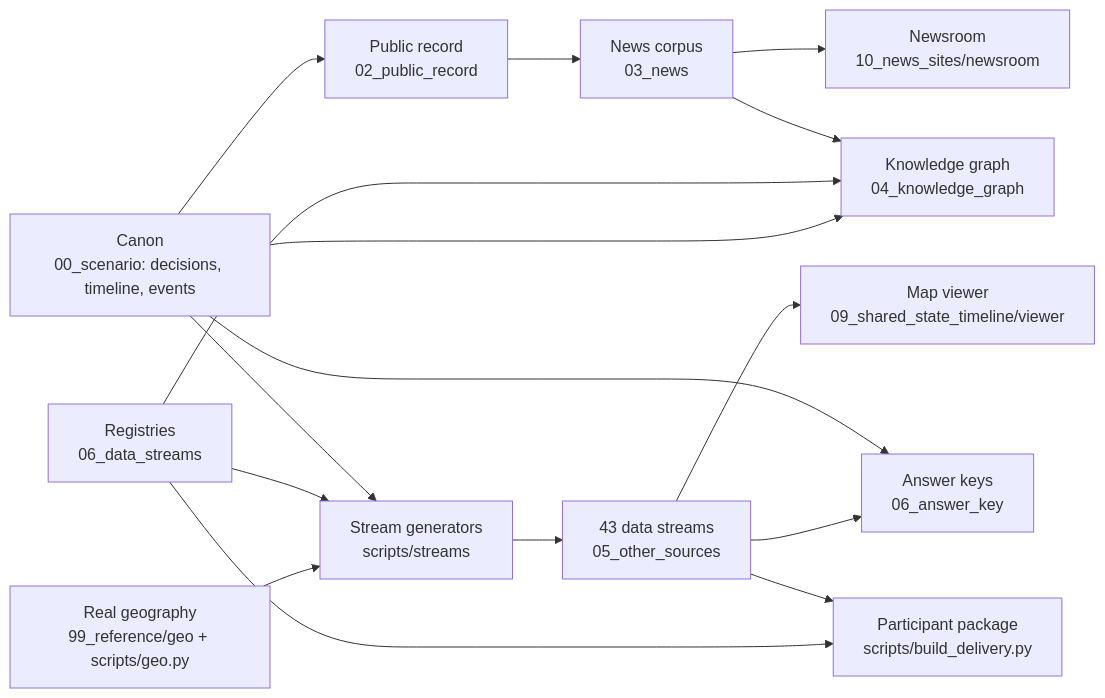
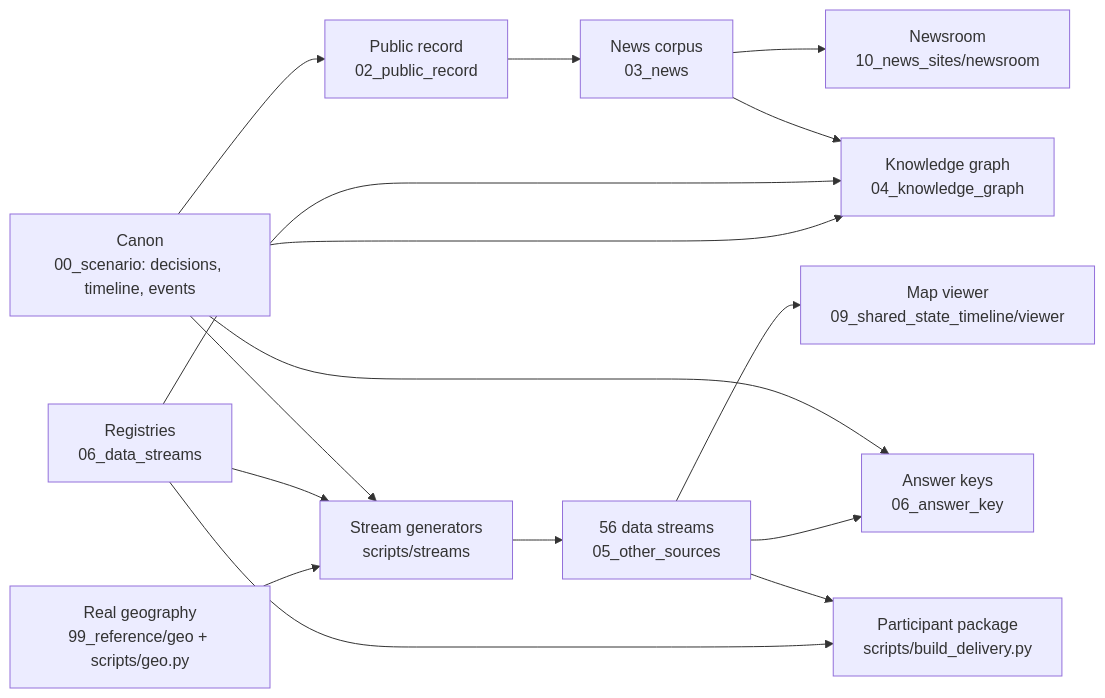
Before and after one commit to gleaven/HurricaneRafael: the diagram in README.md, drawn with Mermaid. The commit also changed other lines of this file and 2333 other files, not shown here.

````diff
--- a/README.md
+++ b/README.md
@@ -82,29 +85,29 @@
 ```mermaid
 flowchart LR
     canon["Canon<br/>00_scenario: decisions, timeline, events"]
     record["Public record<br/>02_public_record"]
     news["News corpus<br/>03_news"]
     reg["Registries<br/>06_data_streams"]
     geo["Real geography<br/>99_reference/geo + scripts/geo.py"]
     gen["Stream generators<br/>scripts/streams"]
-    data["43 data streams<br/>05_other_sources"]
+    data["56 data streams<br/>05_other_sources"]
     kg["Knowledge graph<br/>04_knowledge_graph"]
     keys["Answer keys<br/>06_answer_key"]
     map["Map viewer<br/>09_shared_state_timeline/viewer"]
     room["Newsroom<br/>10_news_sites/newsroom"]
     pack["Participant package<br/>scripts/build_delivery.py"]
 
     canon --> record --> news --> room
     canon --> gen
     reg --> gen
     geo --> gen
     gen --> data
     data --> map
     canon --> keys
     data --> keys
     news --> kg
     reg --> kg
     canon --> kg
     data --> pack
     reg --> pack
 ```
````
